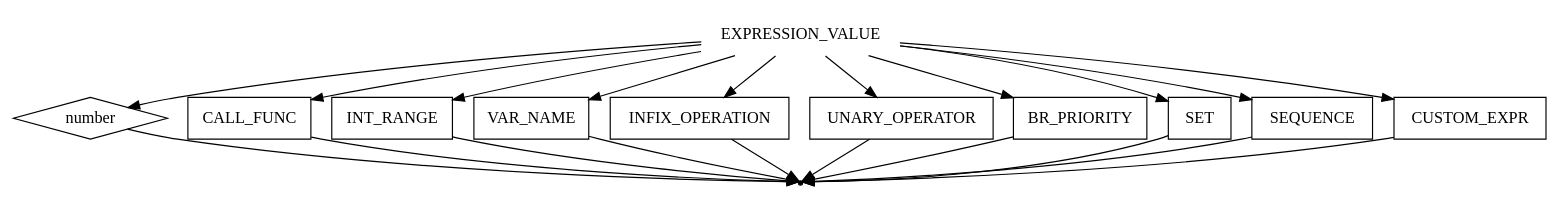
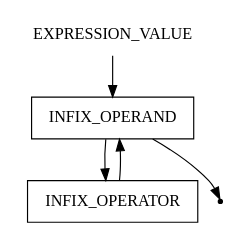
The diagram in pseudocode/expression_value.gv (ayu-f/DSL_Pseudocode), drawn with Graphviz before and after one commit. The commit also changed 15 other files, not shown here.

```diff
--- a/pseudocode/expression_value.gv
+++ b/pseudocode/expression_value.gv
@@ -1,37 +1,10 @@
 digraph EXPRESSION_VALUE {
     start [label=EXPRESSION_VALUE shape=plaintext]
-    int_const [label=number shape=diamond]
-    call_func [label=CALL_FUNC shape=box]
-    int_range [label=INT_RANGE shape=box]
-    var_name [label=VAR_NAME shape=box]
-    operator_infix [label=INFIX_OPERATION shape=box]
-    operator_unary [label=UNARY_OPERATOR shape=box]
-    br_prior [label=BR_PRIORITY shape=box]
-    set [label=SET shape=box]
-    sequence [label=SEQUENCE shape=box]
-    custom_expr_value [label=CUSTOM_EXPR shape=box]
-
+    operand_infix [label=INFIX_OPERAND shape=box]
+    infix_operator [label=INFIX_OPERATOR shape=box]
     end [label="" shape=point]
-
-    start -> int_const
-    start -> call_func
-    start -> int_range
-    start -> var_name
-    start -> operator_infix
-    start -> operator_unary
-    start -> br_prior
-    start -> set
-    start -> sequence
-    start -> custom_expr_value
-
-    int_const -> end
-    call_func -> end
-    int_range -> end
-    var_name -> end
-    operator_infix -> end
-    operator_unary -> end
-    br_prior -> end
-    set -> end
-    sequence -> end
-    custom_expr_value -> end
+    start -> operand_infix
+    operand_infix -> infix_operator
+    operand_infix -> end
+    infix_operator -> operand_infix
 }
```
